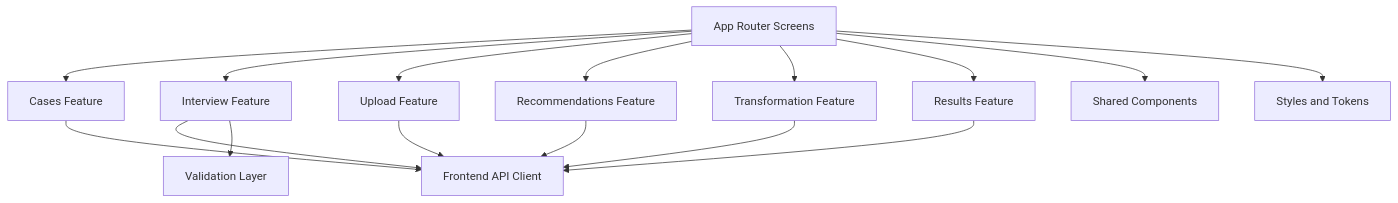
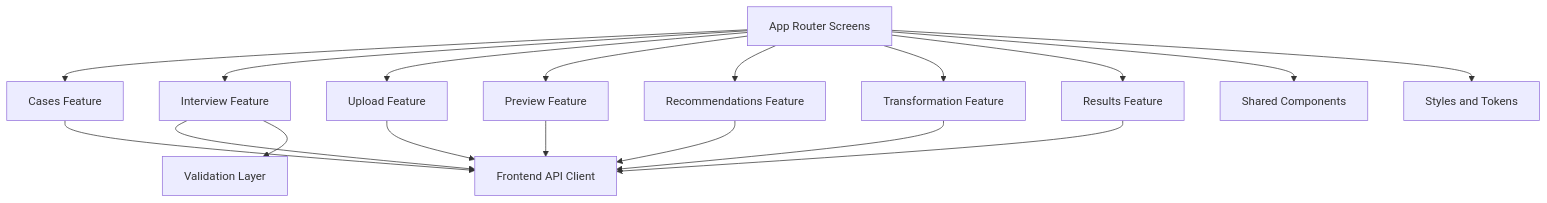
The diagram in docs/frontend/application-structure.md (AnaKies/music-app), drawn with Mermaid before and after one commit. The commit also changed other lines of this file and 10 other files, not shown here.

Commit message:
docs(f8b): add and refine the safe score preview feature across architecture, delivery, frontend, safety, and test planning

````diff
--- a/docs/frontend/application-structure.md
+++ b/docs/frontend/application-structure.md
@@ -57,21 +59,23 @@
 ```mermaid
 flowchart TD
     APP[App Router Screens]
     APP --> CASES[Cases Feature]
     APP --> INTERVIEW[Interview Feature]
     APP --> UPLOAD[Upload Feature]
+    APP --> PREVIEW[Preview Feature]
     APP --> REC[Recommendations Feature]
     APP --> TX[Transformation Feature]
     APP --> RESULT[Results Feature]
 
     CASES --> API[Frontend API Client]
     INTERVIEW --> API
     INTERVIEW --> VALID[Validation Layer]
     UPLOAD --> API
+    PREVIEW --> API
     REC --> API
     TX --> API
     RESULT --> API
 
     APP --> SHARED[Shared Components]
     APP --> TOKENS[Styles and Tokens]
 ```
````
